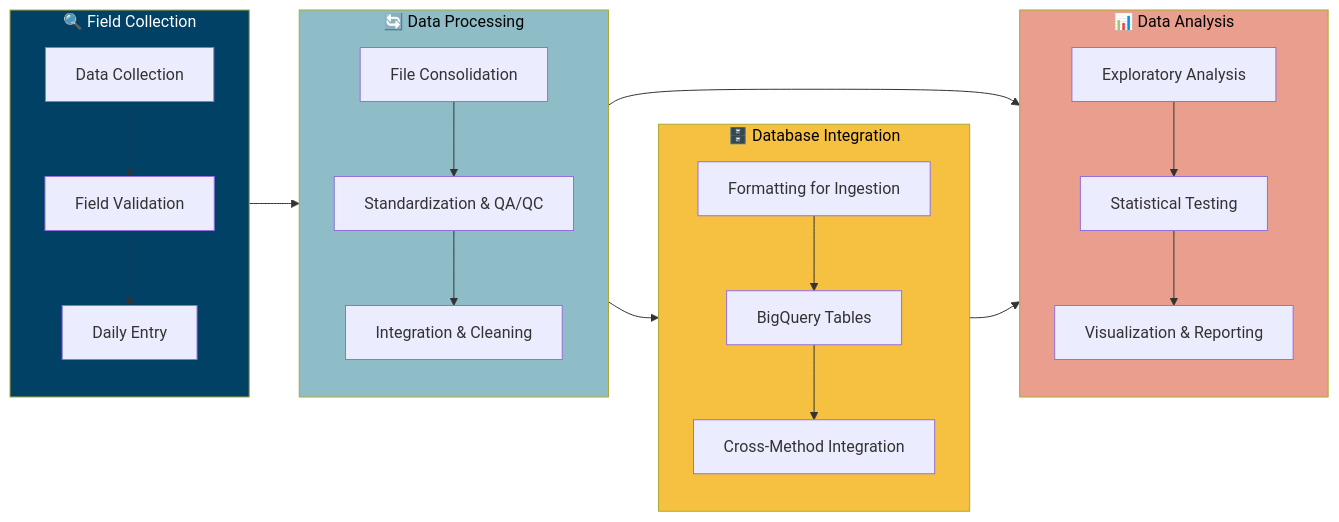
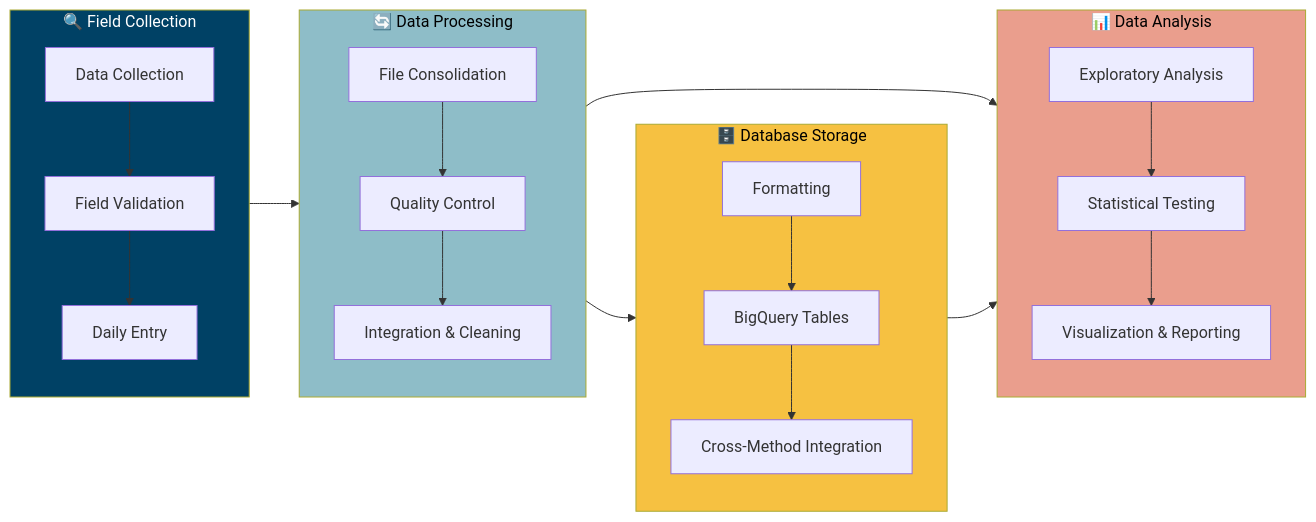
Before and after one commit to pristine-seas/science-sop: the diagram in field-methods/index.qmd, drawn with Mermaid. The commit also changed other lines of this file and 8 other files, not shown here.

````diff
--- a/field-methods/index.qmd
+++ b/field-methods/index.qmd
@@ -263,36 +265,36 @@
 ```{mermaid}
 flowchart LR
     subgraph Field["🔍 Field Collection"]
         direction TB
         A[Data Collection] --> B[Field Validation]
         B --> C[Daily Entry]
     end
     
     subgraph Process["🔄 Data Processing"]
         direction TB
-        D[File Consolidation] --> E[Standardization & QA/QC]
+        D[File Consolidation] --> E[Quality Control]
         E --> F[Integration & Cleaning]
     end
     
     subgraph Analysis["📊 Data Analysis"]
         direction TB
         G[Exploratory Analysis] --> H[Statistical Testing]
         H --> I[Visualization & Reporting]
     end
     
-    subgraph Database["🗄️ Database Integration"]
+    subgraph Database["🗄️ Database Storage"]
         direction TB
-        J[Formatting for Ingestion] --> K[BigQuery Tables]
+        J[Formatting] --> K[BigQuery Tables]
         K --> L[Cross-Method Integration]
     end
     
     Field --> Process
     Process --> Analysis
     Process --> Database
     Database --> Analysis
     
     style Field fill:#004165,color:#ffffff
     style Process fill:#8EBDC8,color:#000000
     style Analysis fill:#EA9E8D,color:#000000
     style Database fill:#F6C141,color:#000000
 ```
````
